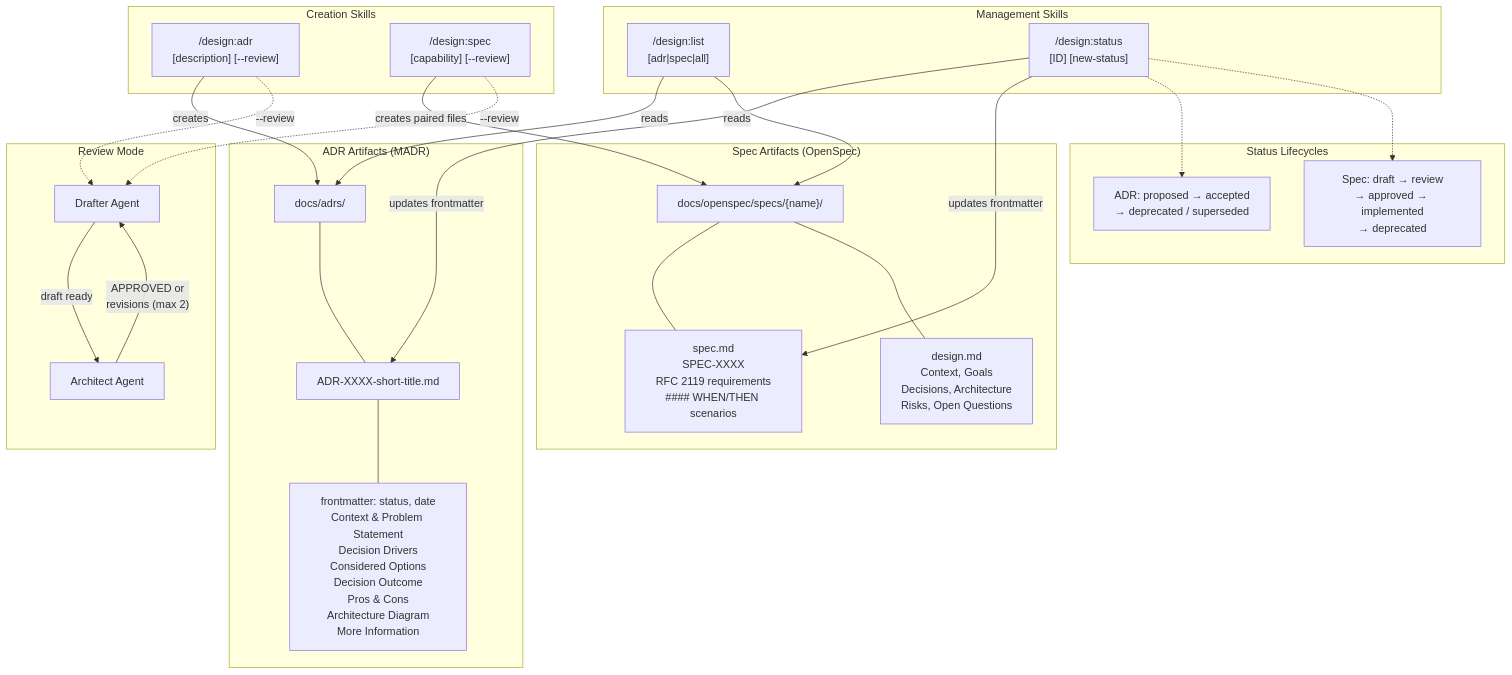
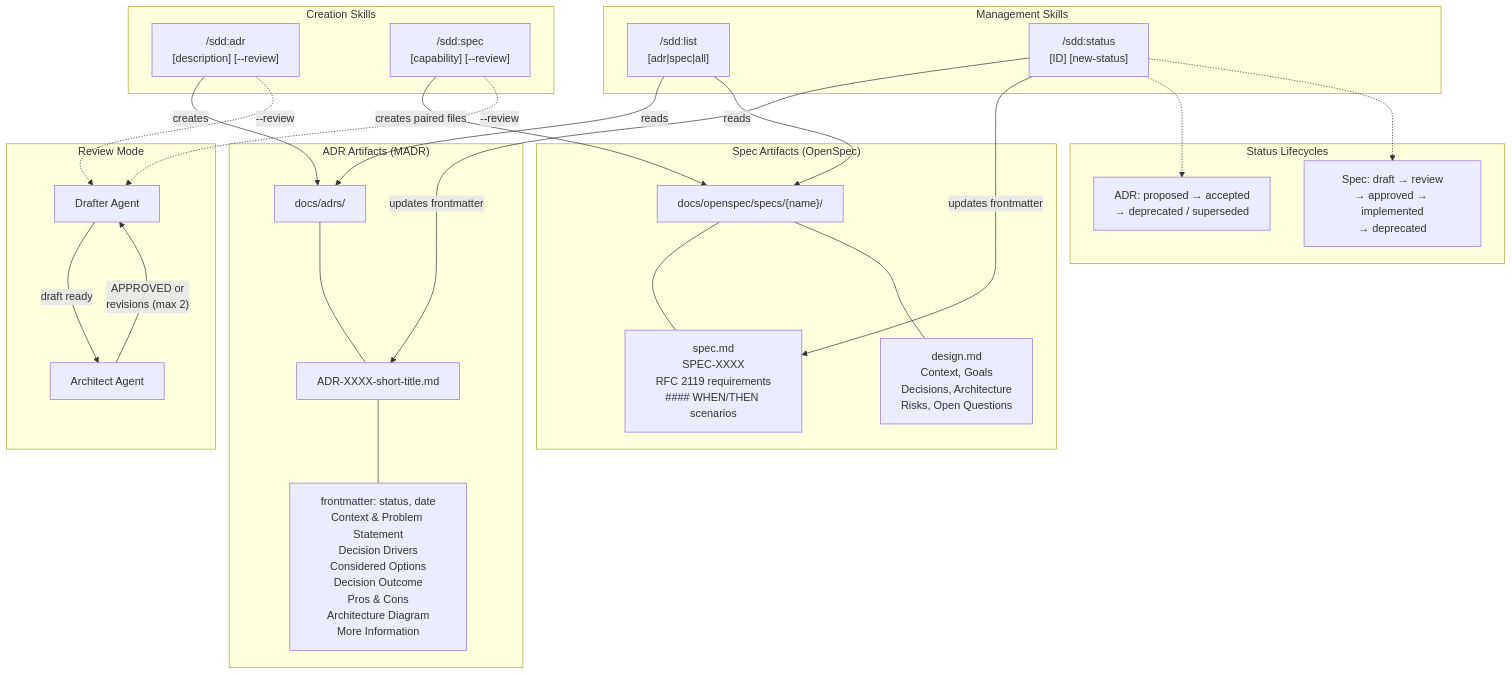
One commit to joestump/claude-plugin-design changed the diagram in docs/openspec/specs/foundational-artifacts/design.md. Above: the diagram before and after it, drawn with Mermaid. The commit also changed other lines of this file and 106 other files, not shown here.

First line of the commit message:
Rename plugin: design → sdd (Spec-Driven Development) (#75)

````diff
--- a/docs/openspec/specs/foundational-artifacts/design.md
+++ b/docs/openspec/specs/foundational-artifacts/design.md
@@ -59,55 +59,55 @@
 ```mermaid
 flowchart TB
     subgraph "Creation Skills"
-        adr_skill["/design:adr\n[description] [--review]"]
-        spec_skill["/design:spec\n[capability] [--review]"]
+        adr_skill["/sdd:adr\n[description] [--review]"]
+        spec_skill["/sdd:spec\n[capability] [--review]"]
     end
 
     subgraph "Management Skills"
-        list_skill["/design:list\n[adr|spec|all]"]
-        status_skill["/design:status\n[ID] [new-status]"]
+        list_skill["/sdd:list\n[adr|spec|all]"]
+        status_skill["/sdd:status\n[ID] [new-status]"]
     end
 
     subgraph "ADR Artifacts (MADR)"
         adr_dir["docs/adrs/"]
         adr_file["ADR-XXXX-short-title.md"]
         adr_sections["frontmatter: status, date\nContext & Problem Statement\nDecision Drivers\nConsidered Options\nDecision Outcome\nPros & Cons\nArchitecture Diagram\nMore Information"]
     end
 
     subgraph "Spec Artifacts (OpenSpec)"
         spec_dir["docs/openspec/specs/{name}/"]
         spec_file["spec.md\nSPEC-XXXX\nRFC 2119 requirements\n#### WHEN/THEN scenarios"]
         design_file["design.md\nContext, Goals\nDecisions, Architecture\nRisks, Open Questions"]
     end
 
     subgraph "Review Mode"
         drafter["Drafter Agent"]
         architect["Architect Agent"]
         drafter -->|"draft ready"| architect
         architect -->|"APPROVED or\nrevisions (max 2)"| drafter
     end
 
     adr_skill -->|creates| adr_dir
     adr_dir --- adr_file
     adr_file --- adr_sections
 
     spec_skill -->|creates paired files| spec_dir
     spec_dir --- spec_file
     spec_dir --- design_file
 
     list_skill -->|reads| adr_dir
     list_skill -->|reads| spec_dir
     status_skill -->|updates frontmatter| adr_file
     status_skill -->|updates frontmatter| spec_file
 
     adr_skill -.->|"--review"| drafter
     spec_skill -.->|"--review"| drafter
 
     subgraph "Status Lifecycles"
         adr_lc["ADR: proposed → accepted\n→ deprecated / superseded"]
         spec_lc["Spec: draft → review\n→ approved → implemented\n→ deprecated"]
     end
 
     status_skill -.-> adr_lc
     status_skill -.-> spec_lc
 ```
````
